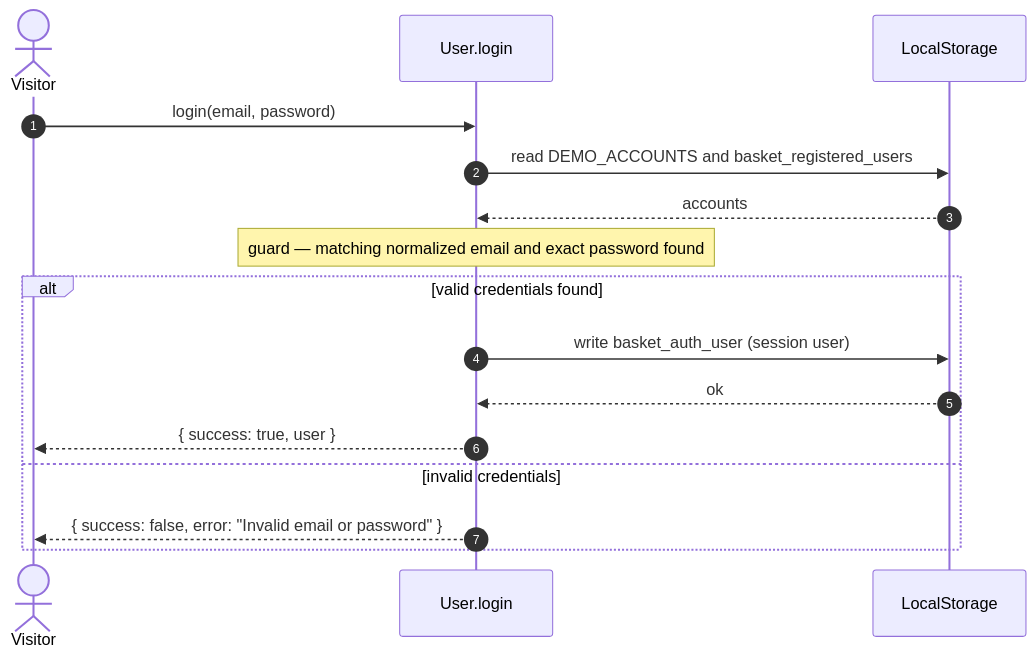
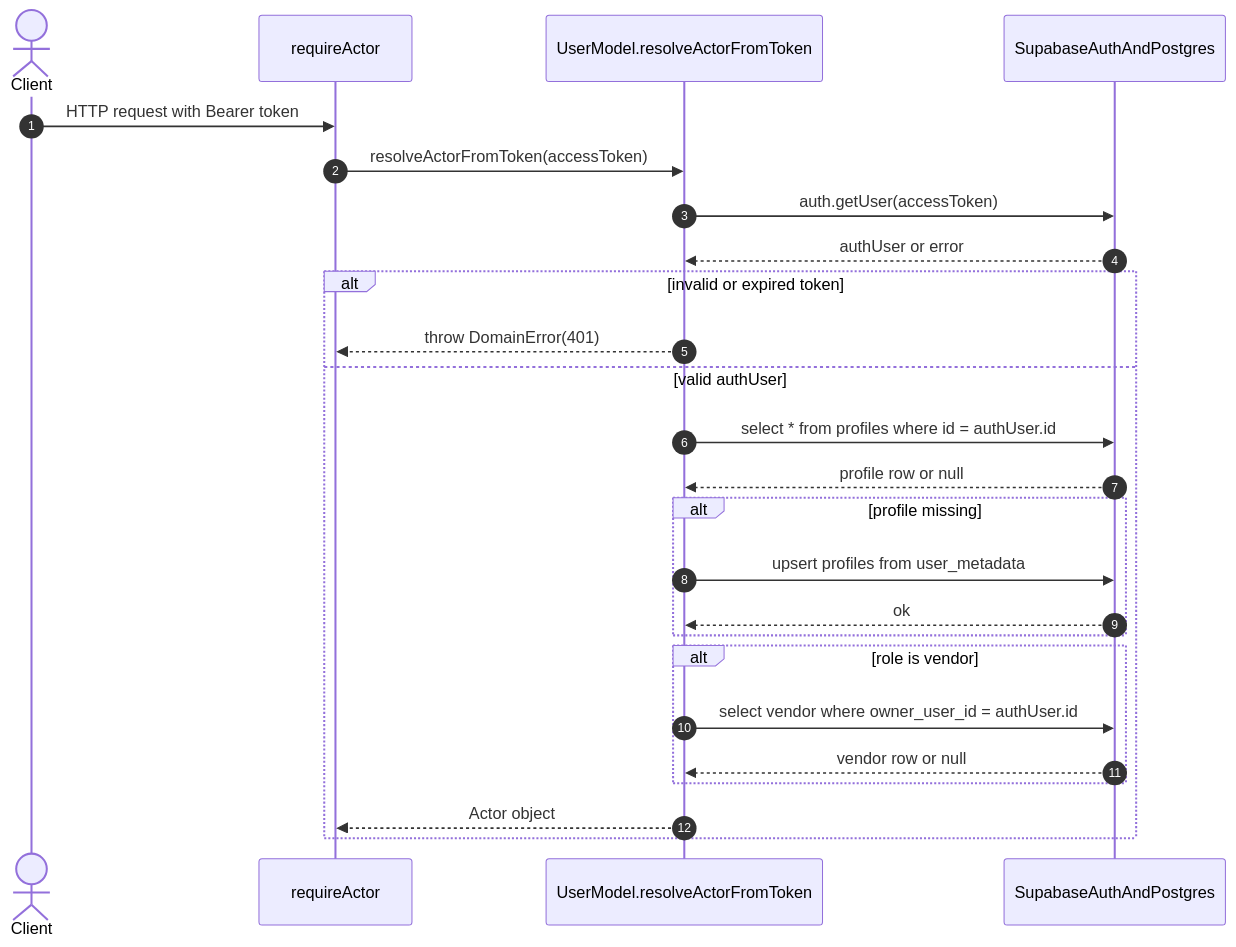
Before and after one commit to nroc6/CP317B-Project-Group1: the first of 13 diagrams in docs/SPECIFICATION.MD, drawn with Mermaid. The commit also changed other lines of this file and 28 other files, not shown here.

````diff
--- a/docs/SPECIFICATION.MD
+++ b/docs/SPECIFICATION.MD
@@ -47,19 +50,28 @@
 ```mermaid
 sequenceDiagram
     autonumber
-    actor V as Visitor
-    participant User.login
-    participant DB as LocalStorage
+    actor C as Client
+    participant MW as requireActor
+    participant M as UserModel.resolveActorFromToken
+    participant DB as SupabaseAuthAndPostgres
 
-    V->>User.login: login(email, password)
-    User.login->>DB: read DEMO_ACCOUNTS and basket_registered_users
-    DB-->>User.login: accounts
-    Note over User.login: guard — matching normalized email and exact password found
-    alt valid credentials found
-        User.login->>DB: write basket_auth_user (session user)
-        DB-->>User.login: ok
-        User.login-->>V: { success: true, user }
-    else invalid credentials
-        User.login-->>V: { success: false, error: "Invalid email or password" }
+    C->>MW: HTTP request with Bearer token
+    MW->>M: resolveActorFromToken(accessToken)
+    M->>DB: auth.getUser(accessToken)
+    DB-->>M: authUser or error
+    alt invalid or expired token
+        M-->>MW: throw DomainError(401)
+    else valid authUser
+        M->>DB: select * from profiles where id = authUser.id
+        DB-->>M: profile row or null
+        alt profile missing
+            M->>DB: upsert profiles from user_metadata
+            DB-->>M: ok
+        end
+        alt role is vendor
+            M->>DB: select vendor where owner_user_id = authUser.id
+            DB-->>M: vendor row or null
+        end
+        M-->>MW: Actor object
     end
 ```
````
